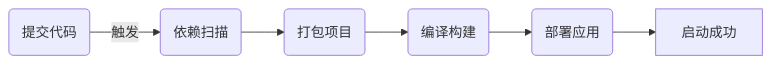
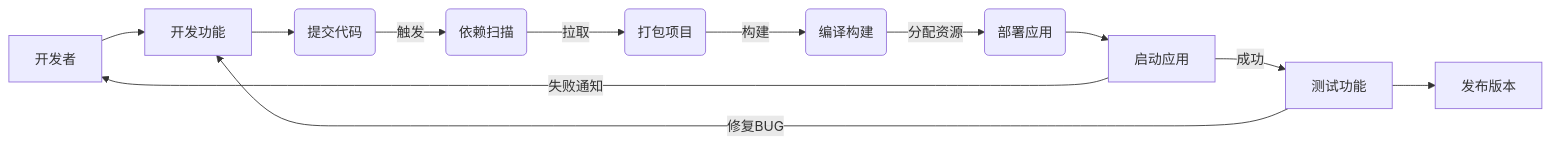
The diagram in source/_posts/java/笔记篇-CICD平台的设计与实现.md (mikeygithub/mikeygithub.github.io), drawn with Mermaid before and after one commit. The commit also changed other lines of this file, not shown here.

````diff
--- a/source/_posts/java/笔记篇-CICD平台的设计与实现.md
+++ b/source/_posts/java/笔记篇-CICD平台的设计与实现.md
@@ -22,8 +22,10 @@
 ```mermaid
 graph LR;
 
-A(提交代码)--触发-->B(依赖扫描)
-B-->C(打包项目)
-C-->D(编译构建)-->E(部署应用)-->启动成功
+开发者-->开发功能-->A(提交代码)--触发-->B(依赖扫描)
+B--拉取-->C(打包项目)
+C--构建-->D(编译构建)--分配资源-->E(部署应用)-->启动应用--成功-->测试功能-->发布版本
+测试功能--修复BUG-->开发功能
 
+启动应用--失败通知-->开发者
 ```
````
